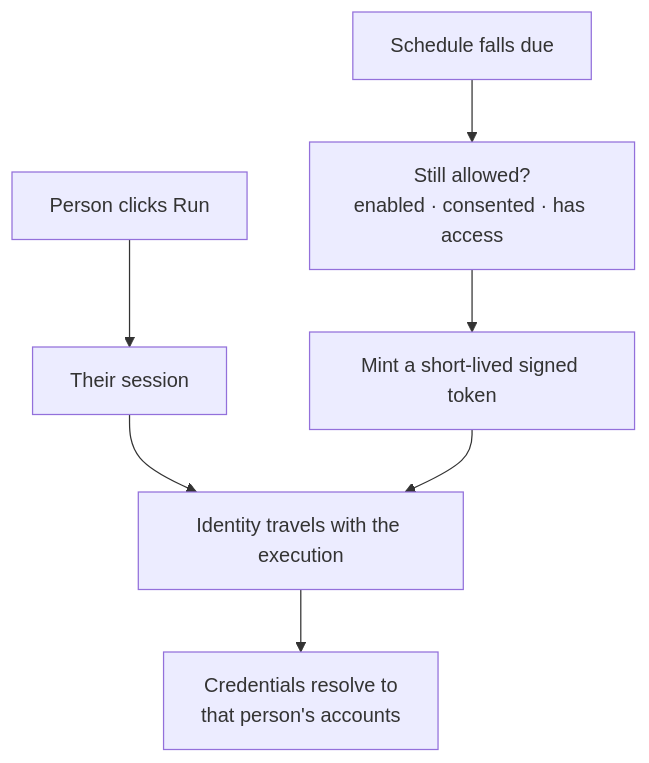
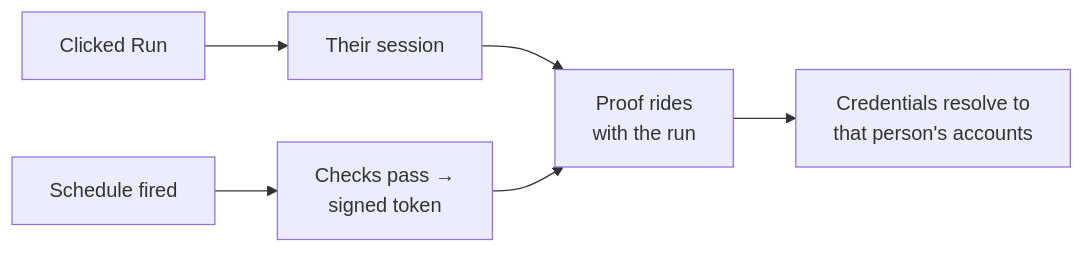
One commit to mayankjain1815-commits/n8n changed the diagram in docs/workflow-catalog.md. Above: the diagram before and after it, drawn with Mermaid. The commit also changed other lines of this file, not shown here.

First line of the commit message:
docs: Say the identity section plainly

````diff
--- a/docs/workflow-catalog.md
+++ b/docs/workflow-catalog.md
@@ -99,9 +98,8 @@
 ```mermaid
-flowchart TD
-    R["Person clicks Run"] --> RS["Their session"]
-    S["Schedule falls due"] --> C["Still allowed?<br/>enabled · consented · has access"]
-    C --> M["Mint a short-lived signed token"]
-    RS --> X["Identity travels with the execution"]
-    M --> X
-    X --> D["Credentials resolve to<br/>that person's accounts"]
+flowchart LR
+    A["Clicked Run"] --> S["Their session"]
+    B["Schedule fired"] --> K["Checks pass →<br/>signed token"]
+    S --> P["Proof rides<br/>with the run"]
+    K --> P
+    P --> C["Credentials resolve to<br/>that person's accounts"]
 ```
````
